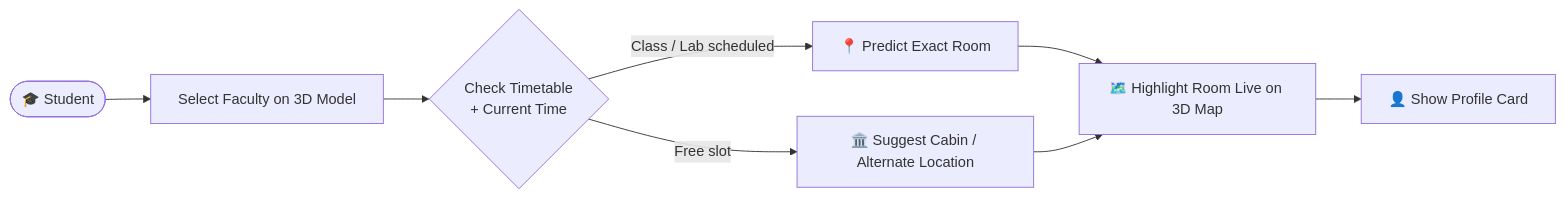
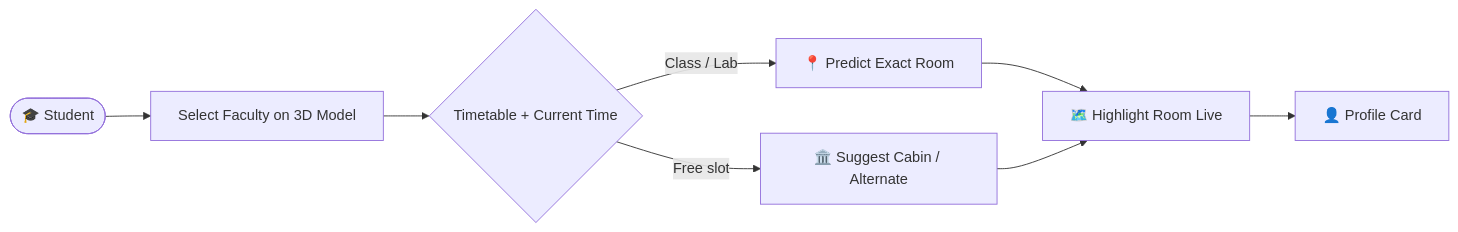
The diagram in README.md (Nitinsen001/Nitinsen001), drawn with Mermaid before and after one commit. The commit also changed other lines of this file, not shown here.

````diff
--- a/README.md
+++ b/README.md
@@ -119,10 +68,10 @@
 ```mermaid
 flowchart LR
     A([🎓 Student]) --> B[Select Faculty on 3D Model]
-    B --> C{Check Timetable<br/>+ Current Time}
-    C -->|Class / Lab scheduled| D[📍 Predict Exact Room]
-    C -->|Free slot| E[🏛️ Suggest Cabin / Alternate Location]
-    D --> F[🗺️ Highlight Room Live on 3D Map]
+    B --> C{Timetable + Current Time}
+    C -->|Class / Lab| D[📍 Predict Exact Room]
+    C -->|Free slot| E[🏛️ Suggest Cabin / Alternate]
+    D --> F[🗺️ Highlight Room Live]
     E --> F
-    F --> G[👤 Show Profile Card]
+    F --> G[👤 Profile Card]
 ```
````
